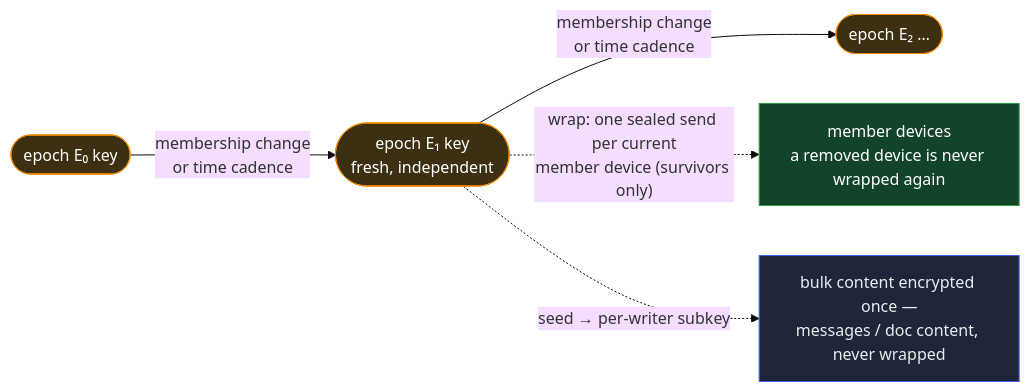
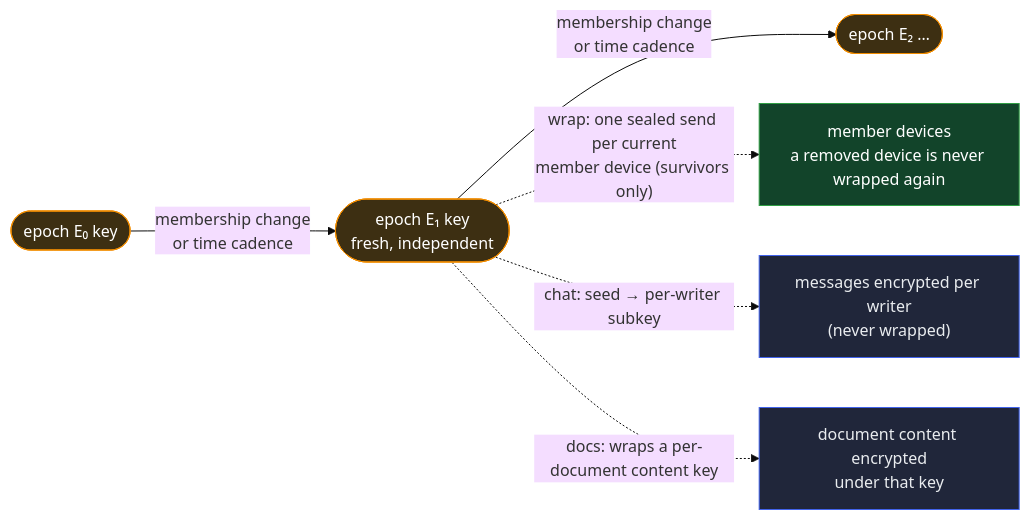
The diagram in docs/design/primitives/protocols/group-key.md (jasoncolburne/vdti), drawn with Mermaid (base theme) before and after one commit. The commit also changed 1 other file, not shown here.

Commit message:
VDTI-28: Protocol review

````diff
--- a/docs/design/primitives/protocols/group-key.md
+++ b/docs/design/primitives/protocols/group-key.md
@@ -76,10 +76,11 @@
 ```mermaid
 flowchart LR
   e0(["epoch E₀ key"]):::key -->|"membership change<br/>or time cadence"| e1(["epoch E₁ key<br/>fresh, independent"]):::key
   e1 -->|"membership change<br/>or time cadence"| e2(["epoch E₂ …"]):::key
   e1 -.->|"wrap: one sealed send per current<br/>member device (survivors only)"| dev["member devices<br/>a removed device is never wrapped again"]:::good
-  e1 -.->|"seed → per-writer subkey"| bulk["bulk content encrypted once —<br/>messages / doc content, never wrapped"]:::fld
+  e1 -.->|"chat: seed → per-writer subkey"| chat["messages encrypted per writer<br/>(never wrapped)"]:::fld
+  e1 -.->|"docs: wraps a per-document content key"| docs["document content encrypted<br/>under that key"]:::fld
   classDef key fill:#3d2f12,stroke:#f08c00,color:#fff
   classDef good fill:#12442a,stroke:#2f9e44,color:#fff
   classDef fld fill:#20263a,stroke:#4263eb,color:#e9ecef
 ```
````
